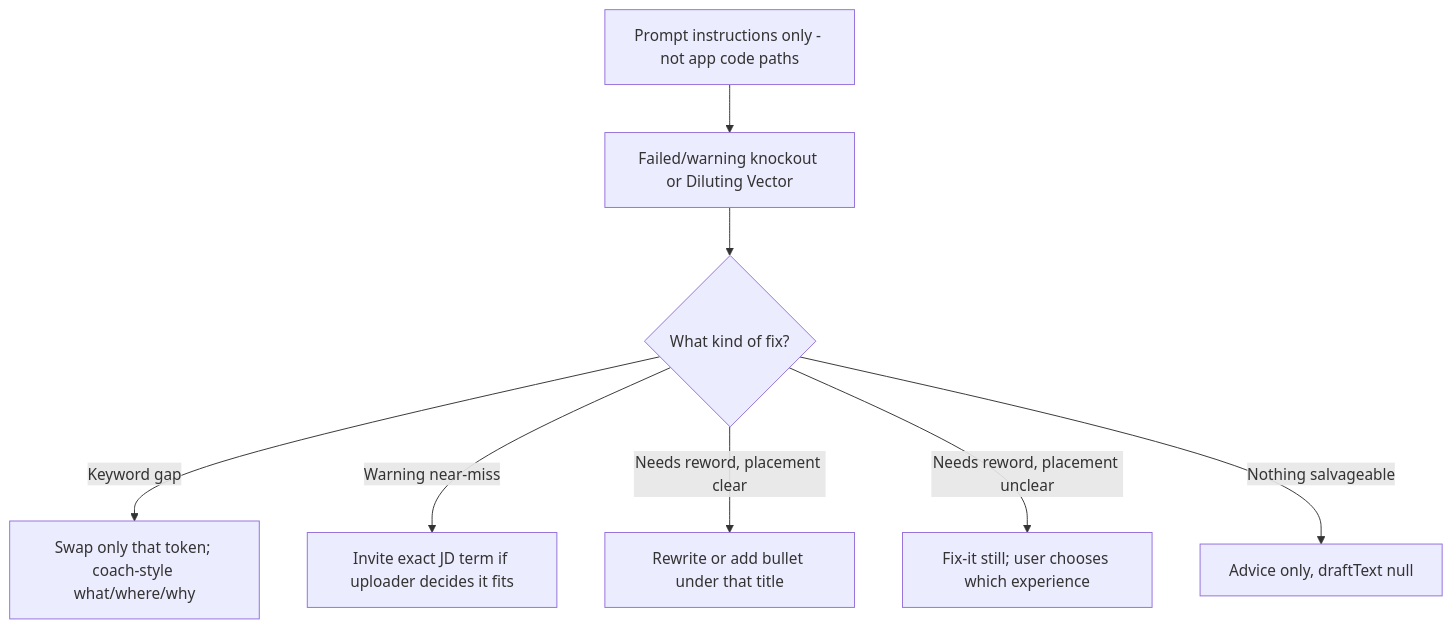
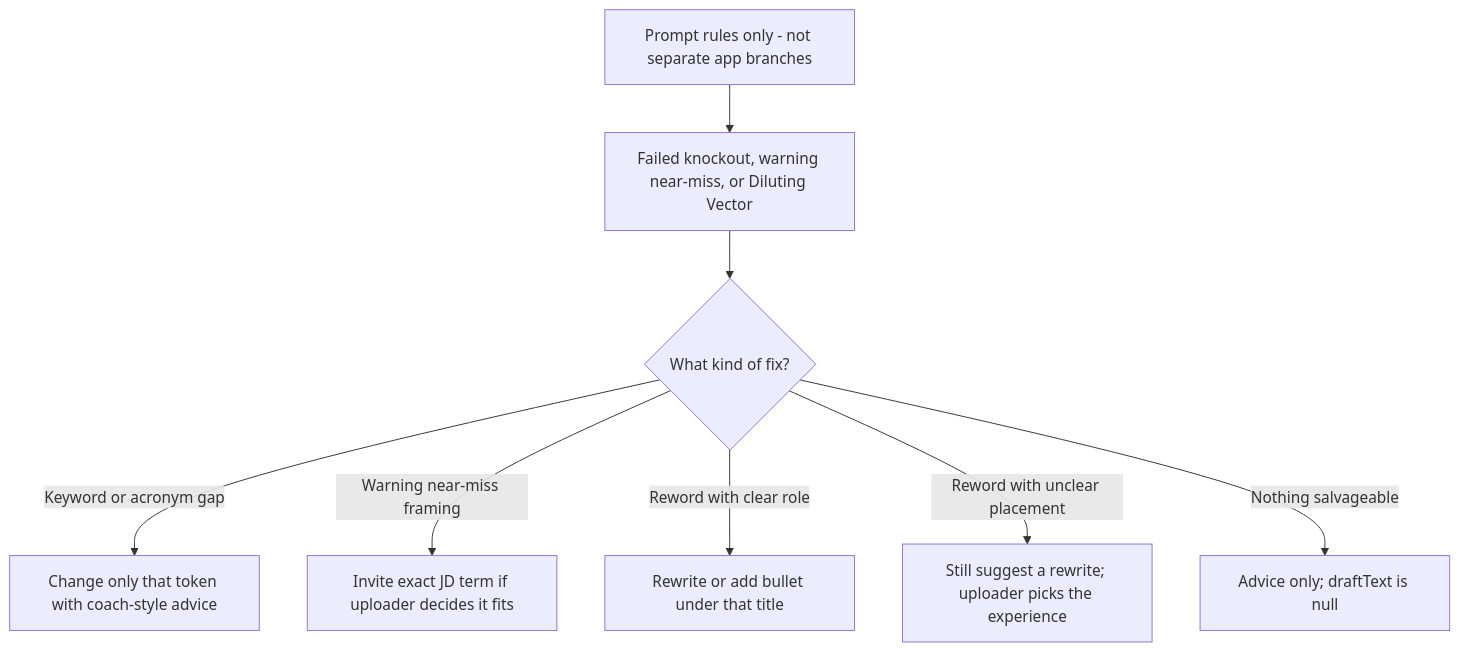
Before and after one commit to mstvn0/cvscrutineer: the seventh of 8 diagrams in spec.md, drawn with Mermaid. The commit also changed other lines of this file and 3 other files, not shown here.

Commit message:
docs: align diagrams and PASS wording with server grading

````diff
--- a/spec.md
+++ b/spec.md
@@ -264,11 +268,11 @@
 ```mermaid
 graph TD
-  Note[Prompt instructions only - not app code paths]
-  Note --> F[Failed/warning knockout or Diluting Vector]
+  Note[Prompt rules only - not separate app branches]
+  Note --> F[Failed knockout, warning near-miss, or Diluting Vector]
   F --> T{What kind of fix?}
-  T -->|Keyword gap| K[Swap only that token; coach-style what/where/why]
-  T -->|Warning near-miss| N[Invite exact JD term if uploader decides it fits]
-  T -->|Needs reword, placement clear| W[Rewrite or add bullet under that title]
-  T -->|Needs reword, placement unclear| U[Fix-it still; user chooses which experience]
-  T -->|Nothing salvageable| R[Advice only, draftText null]
+  T -->|Keyword or acronym gap| K[Change only that token with coach-style advice]
+  T -->|Warning near-miss framing| N[Invite exact JD term if uploader decides it fits]
+  T -->|Reword with clear role| W[Rewrite or add bullet under that title]
+  T -->|Reword with unclear placement| U[Still suggest a rewrite; uploader picks the experience]
+  T -->|Nothing salvageable| R[Advice only; draftText is null]
 ```
````
